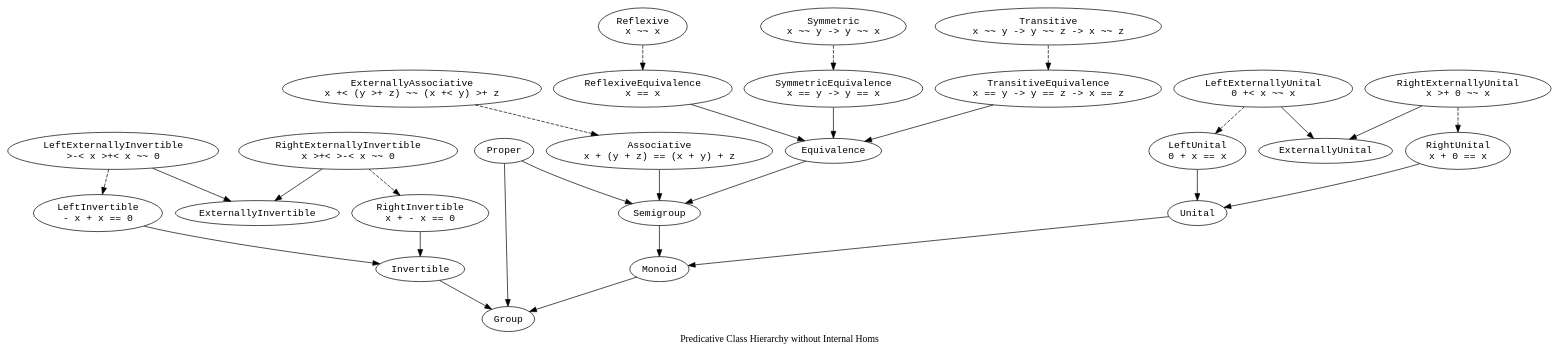
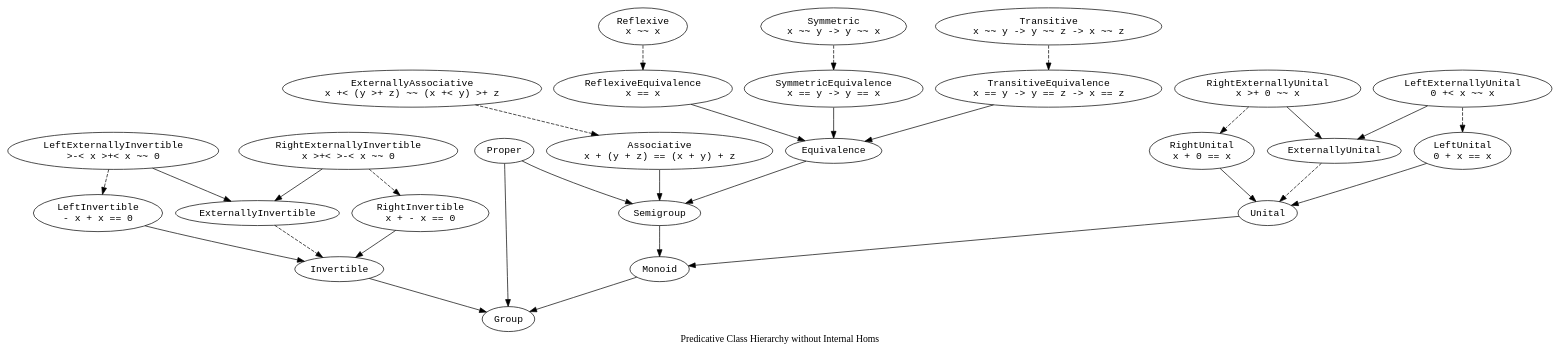
One commit to Tuplanolla/dez changed the diagram in prototype/theories/is.dot. Above: the diagram before and after it, drawn with Graphviz. The commit also changed 5 other files, not shown here.

```diff
--- a/prototype/theories/is.dot
+++ b/prototype/theories/is.dot
@@ -1,64 +1,66 @@
 digraph Is {
   label = "Predicative Class Hierarchy without Internal Homs"
 
   node [fontname = monospace]
 
   Assoc [label = "Associative\nx + (y + z) == (x + y) + z"]
   Eq [label = "Equivalence"]
   ExtAssoc [label = "ExternallyAssociative\nx +< (y >+ z) ~~ (x +< y) >+ z"]
   ExtInv [label = "ExternallyInvertible"]
   ExtUn [label = "ExternallyUnital"]
   Grp [label = "Group"]
   Inv [label = "Invertible"]
   LExtInv [label = "LeftExternallyInvertible\n>-< x >+< x ~~ 0"]
   LExtUn [label = "LeftExternallyUnital\n0 +< x ~~ x"]
   LInv [label = "LeftInvertible\n- x + x == 0"]
   LUn [label = "LeftUnital\n0 + x == x"]
   Mon [label = "Monoid"]
   Proper [label = "Proper"]
   RExtInv [label = "RightExternallyInvertible\nx >+< >-< x ~~ 0"]
   RExtUn [label = "RightExternallyUnital\nx >+ 0 ~~ x"]
   RInv [label = "RightInvertible\nx + - x == 0"]
   RUn [label = "RightUnital\nx + 0 == x"]
   Refl [label = "Reflexive\nx ~~ x"]
   ReflEq [label = "ReflexiveEquivalence\nx == x"]
   Sgrp [label = "Semigroup"]
   Sym [label = "Symmetric\nx ~~ y -> y ~~ x"]
   SymEq [label = "SymmetricEquivalence\nx == y -> y == x"]
   Trans [label = "Transitive\nx ~~ y -> y ~~ z -> x ~~ z"]
   TransEq [label = "TransitiveEquivalence\nx == y -> y == z -> x == z"]
   Un [label = "Unital"]
 
   edge [style = solid]
 
   Assoc -> Sgrp
   Eq -> Sgrp
   Inv -> Grp
   LExtInv -> ExtInv
   LExtUn -> ExtUn
   LInv -> Inv
   LUn -> Un
   Mon -> Grp
   Proper -> Grp
   Proper -> Sgrp
   RExtInv -> ExtInv
   RExtUn -> ExtUn
   RInv -> Inv
   RUn -> Un
   ReflEq -> Eq
   Sgrp -> Mon
   SymEq -> Eq
   TransEq -> Eq
   Un -> Mon
 
   edge [style = dashed]
 
   ExtAssoc -> Assoc
+  ExtInv -> Inv
+  ExtUn -> Un
   LExtInv -> LInv
   LExtUn -> LUn
   RExtInv -> RInv
   RExtUn -> RUn
   Refl -> ReflEq
   Sym -> SymEq
   Trans -> TransEq
 }
```
